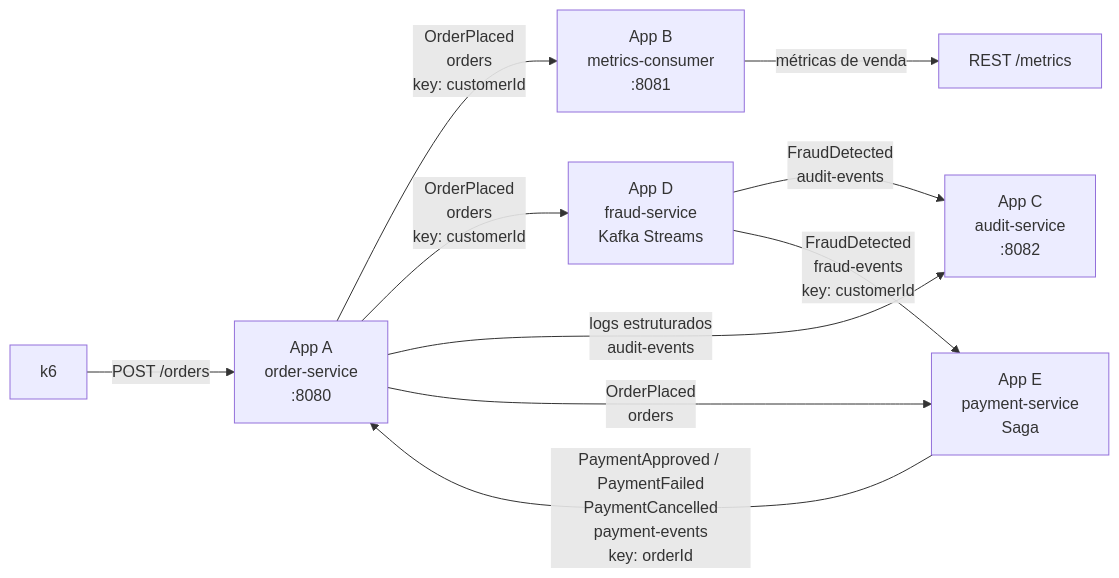
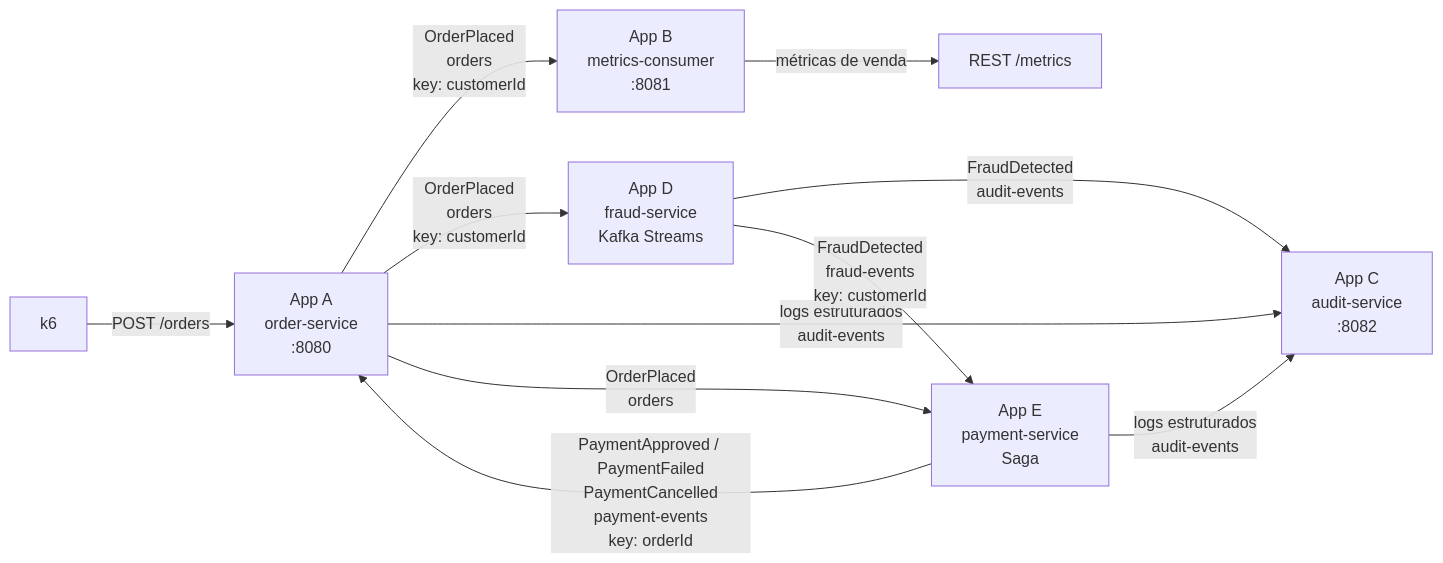
One commit to joaolaureano/training_kafka changed the first of 7 diagrams in README.md. Above: the diagram before and after it, drawn with Mermaid. The commit also changed other lines of this file and 38 other files, not shown here.

First line of the commit message:
Give payment-service an audit trail in audit-events

````diff
--- a/README.md
+++ b/README.md
@@ -18,12 +18,13 @@
 ```mermaid
 flowchart LR
     K6[k6] -->|POST /orders| Order[App A<br/>order-service<br/>:8080]
     Order -->|OrderPlaced<br/>orders<br/>key: customerId| Metrics[App B<br/>metrics-consumer<br/>:8081]
     Order -->|OrderPlaced<br/>orders<br/>key: customerId| Fraud[App D<br/>fraud-service<br/>Kafka Streams]
     Metrics -->|métricas de venda| MetricsApi[REST /metrics]
     Fraud -->|FraudDetected<br/>audit-events| Audit[App C<br/>audit-service<br/>:8082]
     Order -->|logs estruturados<br/>audit-events| Audit
+    Payment -->|logs estruturados<br/>audit-events| Audit
     Order -->|OrderPlaced<br/>orders| Payment[App E<br/>payment-service<br/>Saga]
     Payment -->|PaymentApproved / PaymentFailed<br/>PaymentCancelled<br/>payment-events<br/>key: orderId| Order
     Fraud -->|FraudDetected<br/>fraud-events<br/>key: customerId| Payment
 ```
````
